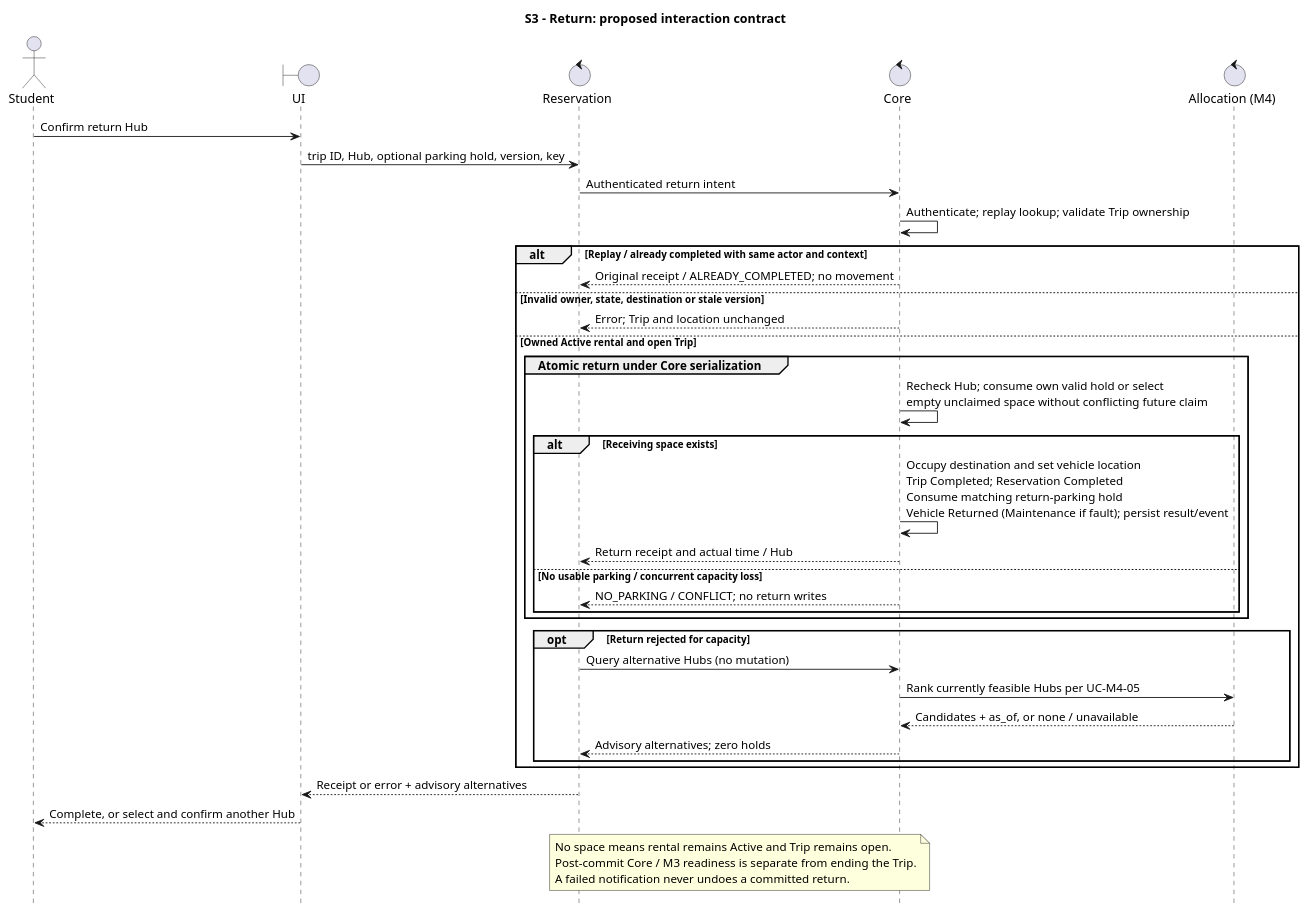
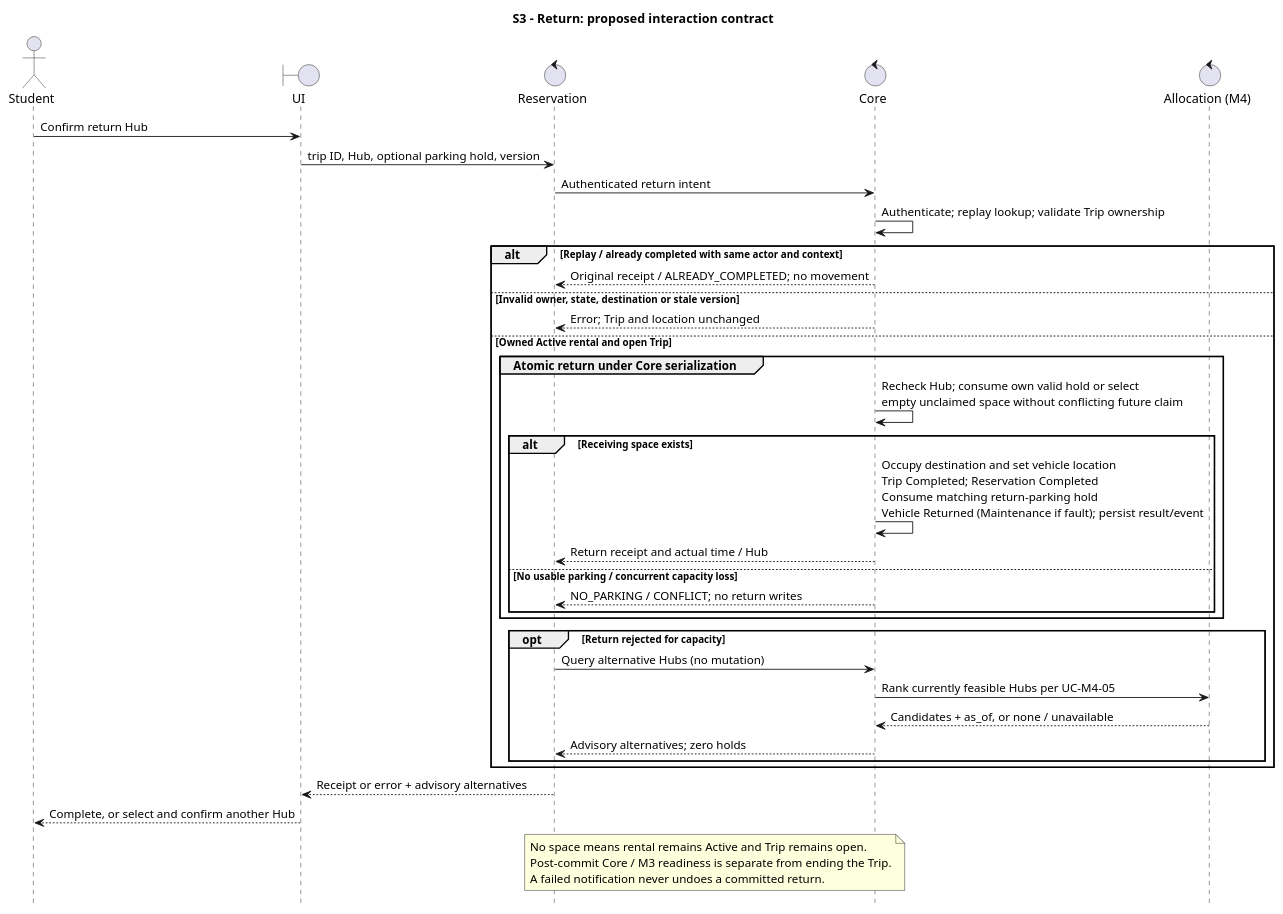
One commit to MabC06/smart-e-mobility-hub changed the diagram in docs/design/behavioral/reservation-diagrams/s3-return.puml. Above: the diagram before and after it, drawn with PlantUML. The commit also changed 20 other files, not shown here.

```diff
--- a/docs/design/behavioral/reservation-diagrams/s3-return.puml
+++ b/docs/design/behavioral/reservation-diagrams/s3-return.puml
@@ -1,43 +1,43 @@
 @startuml
 title S3 - Return: proposed interaction contract
 skinparam shadowing false
 skinparam defaultFontName Arial
 hide footbox
 actor Student
 boundary UI
 control Reservation
 control Core
 control "Allocation (M4)" as Allocation
 Student -> UI: Confirm return Hub
-UI -> Reservation: trip ID, Hub, optional parking hold, version, key
+UI -> Reservation: trip ID, Hub, optional parking hold, version
 Reservation -> Core: Authenticated return intent
 Core -> Core: Authenticate; replay lookup; validate Trip ownership
 alt Replay / already completed with same actor and context
   Core --> Reservation: Original receipt / ALREADY_COMPLETED; no movement
 else Invalid owner, state, destination or stale version
   Core --> Reservation: Error; Trip and location unchanged
 else Owned Active rental and open Trip
   group Atomic return under Core serialization
     Core -> Core: Recheck Hub; consume own valid hold or select\nempty unclaimed space without conflicting future claim
     alt Receiving space exists
       Core -> Core: Occupy destination and set vehicle location\nTrip Completed; Reservation Completed\nConsume matching return-parking hold\nVehicle Returned (Maintenance if fault); persist result/event
       Core --> Reservation: Return receipt and actual time / Hub
     else No usable parking / concurrent capacity loss
       Core --> Reservation: NO_PARKING / CONFLICT; no return writes
     end
   end
   opt Return rejected for capacity
     Reservation -> Core: Query alternative Hubs (no mutation)
     Core -> Allocation: Rank currently feasible Hubs per UC-M4-05
     Allocation --> Core: Candidates + as_of, or none / unavailable
     Core --> Reservation: Advisory alternatives; zero holds
   end
 end
 Reservation --> UI: Receipt or error + advisory alternatives
 UI --> Student: Complete, or select and confirm another Hub
 note over Reservation,Core
   No space means rental remains Active and Trip remains open.
   Post-commit Core / M3 readiness is separate from ending the Trip.
   A failed notification never undoes a committed return.
 end note
 @enduml
```
